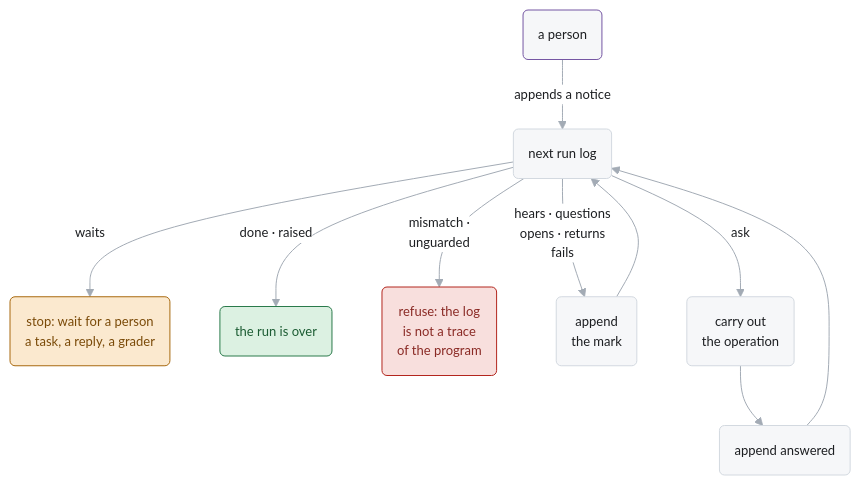
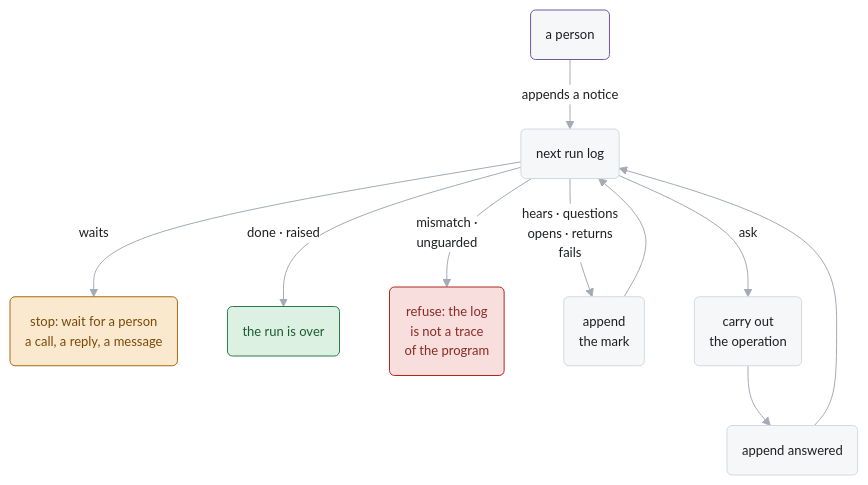
One commit to pku-xht/alaya changed the third of 6 diagrams in docs/agent-api.md. Above: the diagram before and after it, drawn with Mermaid. The commit also changed other lines of this file and 79 other files, not shown here.

````diff
--- a/docs/agent-api.md
+++ b/docs/agent-api.md
@@ -403,18 +401,18 @@
 ```mermaid
 %%{init: {"theme": "base", "themeVariables": {"fontFamily": "BlinkMacSystemFont, Segoe UI, Helvetica, Arial", "fontSize": "13px", "primaryColor": "#f6f7f9", "primaryTextColor": "#1c1e21", "primaryBorderColor": "#d3d9e0", "lineColor": "#a3abb5", "textColor": "#6f7985", "edgeLabelBackground": "#ffffff", "clusterBkg": "#fafbfc", "clusterBorder": "#e3e6ea"}}}%%
 flowchart TD
   classDef notice stroke:#7556a3
   classDef ok fill:#dcf1e2,stroke:#2a7a4b,color:#1c5c33
   classDef bad fill:#f8dfdd,stroke:#b3261e,color:#8a2a25
   classDef wait fill:#fbe9cf,stroke:#a8690f,color:#7a4a08
 
   person("a person"):::notice -- "appends a notice" --> next("next run log")
-  next -- "waits" --> waits("stop: wait for a person<br/>a task, a reply, a grader"):::wait
+  next -- "waits" --> waits("stop: wait for a person<br/>a call, a reply, a message"):::wait
   next -- "done · raised" --> over("the run is over"):::ok
   next -- "mismatch ·<br/>unguarded" --> refuse("refuse: the log<br/>is not a trace<br/>of the program"):::bad
   next -- "hears · questions<br/>opens · returns<br/>fails" --> mark("append<br/>the mark")
   mark --> next
   next -- "ask" --> act("carry out<br/>the operation") --> answered("append answered")
   answered --> next
   linkStyle default stroke-width:1px
 ```
````
